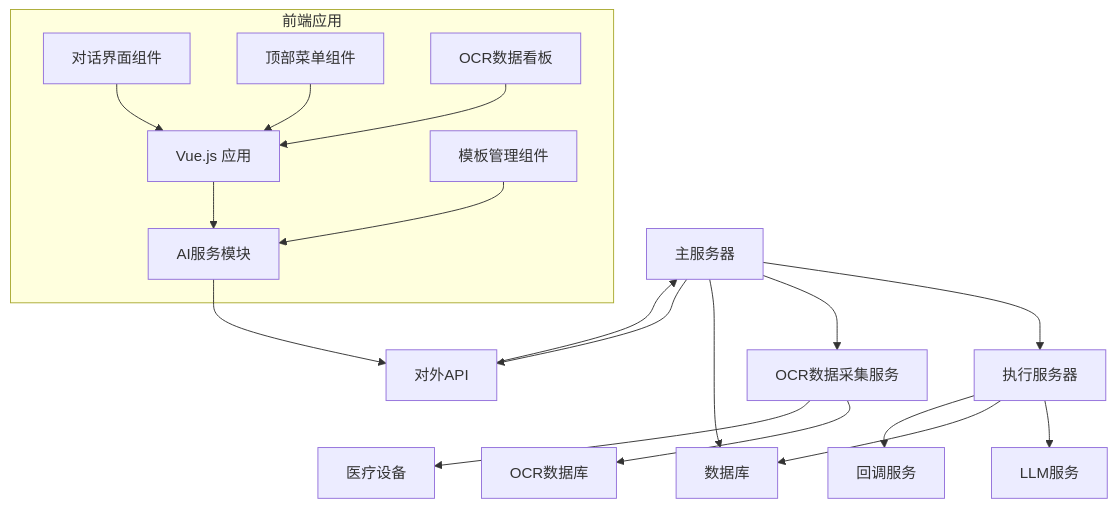
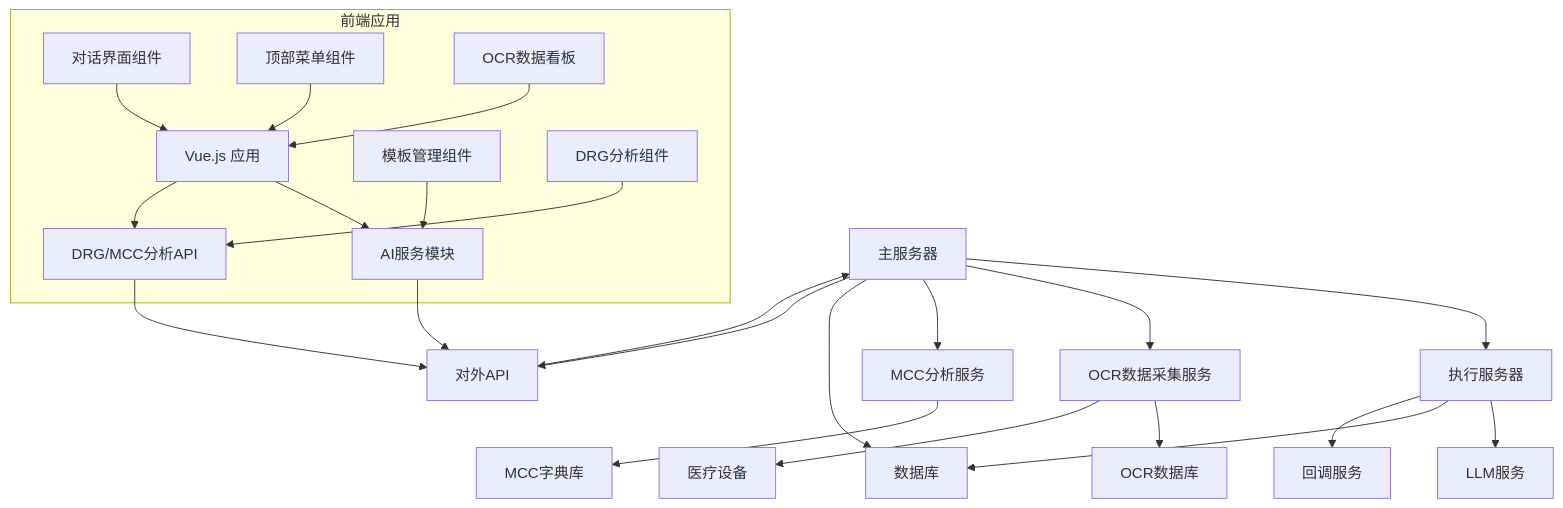
One commit to liuzh2008/med_ai_assistant_workspace changed the second of 14 diagrams in .qoder/repowiki/zh/content/核心功能模块/AI诊断辅助系统.md. Above: the diagram before and after it, drawn with Mermaid. The commit also changed other lines of this file and 3 other files, not shown here.

````diff
--- a/.qoder/repowiki/zh/content/核心功能模块/AI诊断辅助系统.md
+++ b/.qoder/repowiki/zh/content/核心功能模块/AI诊断辅助系统.md
@@ -140,27 +170,34 @@
 ```mermaid
 graph TB
 A["主服务器"] --> B["执行服务器"]
 A --> C["OCR数据采集服务"]
-B --> D["LLM服务"]
-A --> E["数据库"]
-B --> E
-C --> F["OCR数据库"]
-C --> G["医疗设备"]
-B --> H["回调服务"]
-A --> I["对外API"]
-I --> A
+A --> D["MCC分析服务"]
+B --> E["LLM服务"]
+A --> F["数据库"]
+B --> F
+C --> G["OCR数据库"]
+C --> H["医疗设备"]
+D --> I["MCC字典库"]
+B --> J["回调服务"]
+A --> K["对外API"]
+K --> A
 subgraph "前端应用"
-J["Vue.js 应用"]
-K["AI服务模块"]
-L["对话界面组件"]
-M["模板管理组件"]
-N["顶部菜单组件"]
-O["OCR数据看板"]
+L["Vue.js 应用"]
+M["AI服务模块"]
+N["DRG/MCC分析API"]
+O["对话界面组件"]
+P["模板管理组件"]
+Q["顶部菜单组件"]
+R["OCR数据看板"]
+S["DRG分析组件"]
 end
-J --> K
-K --> I
-L --> J
+L --> M
+L --> N
+N --> K
 M --> K
-N --> J
-O --> J
+O --> L
+P --> M
+Q --> L
+R --> L
+S --> N
 ```
````
